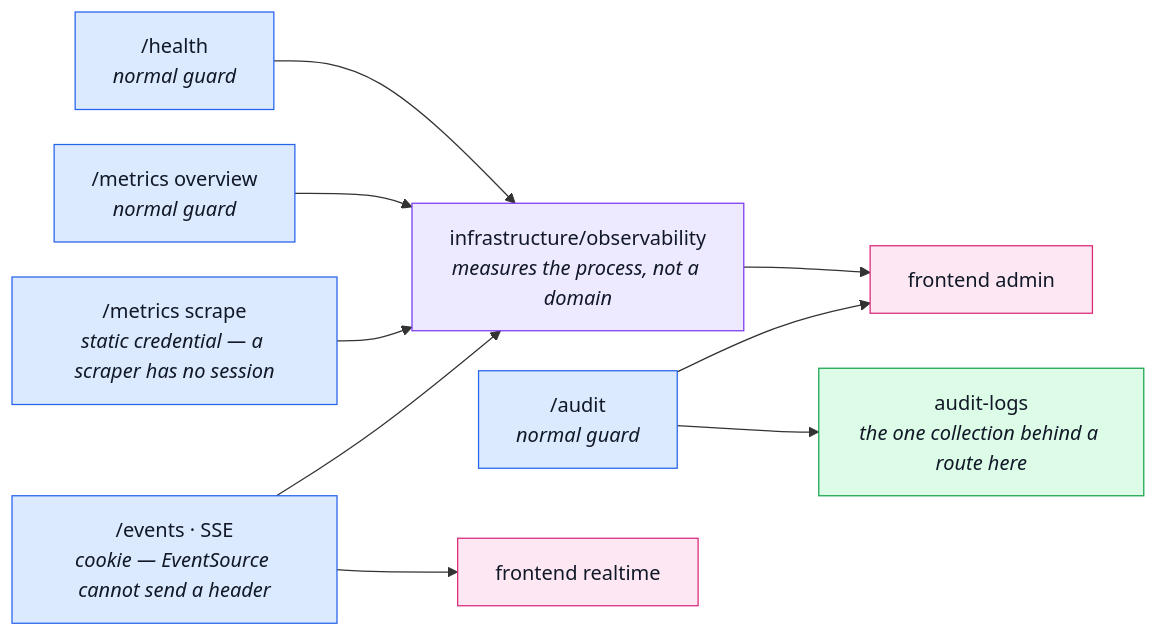
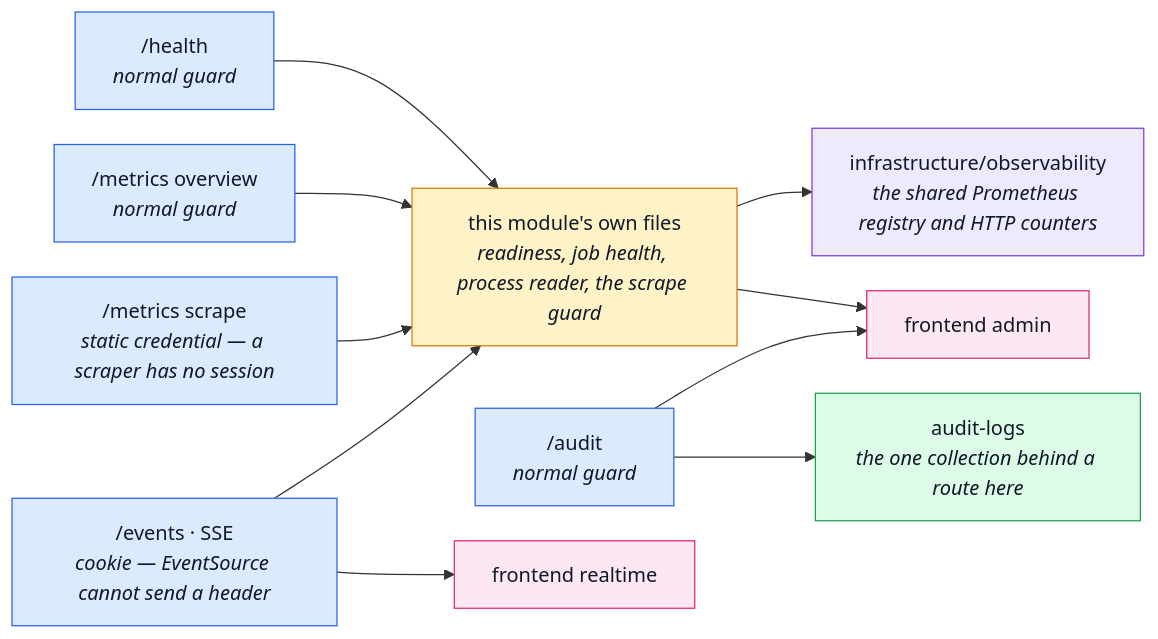
One commit to Guebbit/boilerplate-node-backend changed the second of 2 diagrams in docs/modules/observability.md. Above: the diagram before and after it, drawn with Mermaid. The commit also changed other lines of this file and 48 other files, not shown here.

First line of the commit message:
refactor(observability): move the module's own endpoints out of infrastructure

````diff
--- a/docs/modules/observability.md
+++ b/docs/modules/observability.md
@@ -64,21 +68,24 @@
 ```mermaid
 %%{init: {'flowchart': {'nodeSpacing': 28, 'rankSpacing': 60}}}%%
 flowchart LR
-    H["/health<br/><i>normal guard</i>"] --> K["infrastructure/observability<br/><i>measures the process, not a domain</i>"]
+    H["/health<br/><i>normal guard</i>"] --> K["this module's own files<br/><i>readiness, job health, process reader, the scrape guard</i>"]
     MO["/metrics overview<br/><i>normal guard</i>"] --> K
     SC["/metrics scrape<br/><i>static credential — a scraper has no session</i>"] --> K
     EV["/events · SSE<br/><i>cookie — EventSource cannot send a header</i>"] --> K
+    K --> R["infrastructure/observability<br/><i>the shared Prometheus registry and HTTP counters</i>"]
     AU["/audit<br/><i>normal guard</i>"] --> AL["audit-logs<br/><i>the one collection behind a route here</i>"]
     K --> AD["frontend admin"]
     AU --> AD
     EV --> RT["frontend realtime"]
 
     classDef route fill:#dbeafe,stroke:#2563eb,color:#111827;
+    classDef own fill:#fef3c7,stroke:#d97706,color:#111827;
     classDef infra fill:#ede9fe,stroke:#7c3aed,color:#111827;
     classDef peer fill:#dcfce7,stroke:#16a34a,color:#111827;
     classDef ui fill:#fce7f3,stroke:#db2777,color:#111827;
     class H,MO,SC,EV,AU route;
-    class K infra;
+    class K own;
+    class R infra;
     class AL peer;
     class AD,RT ui;
 ```
````
